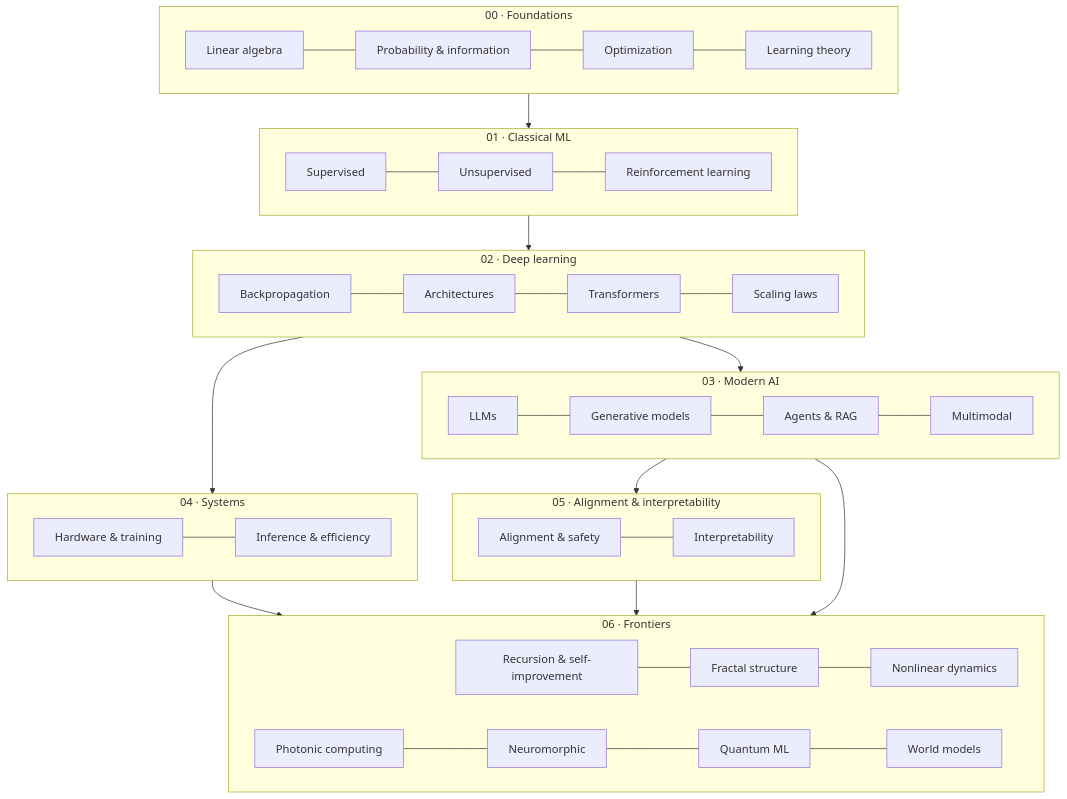
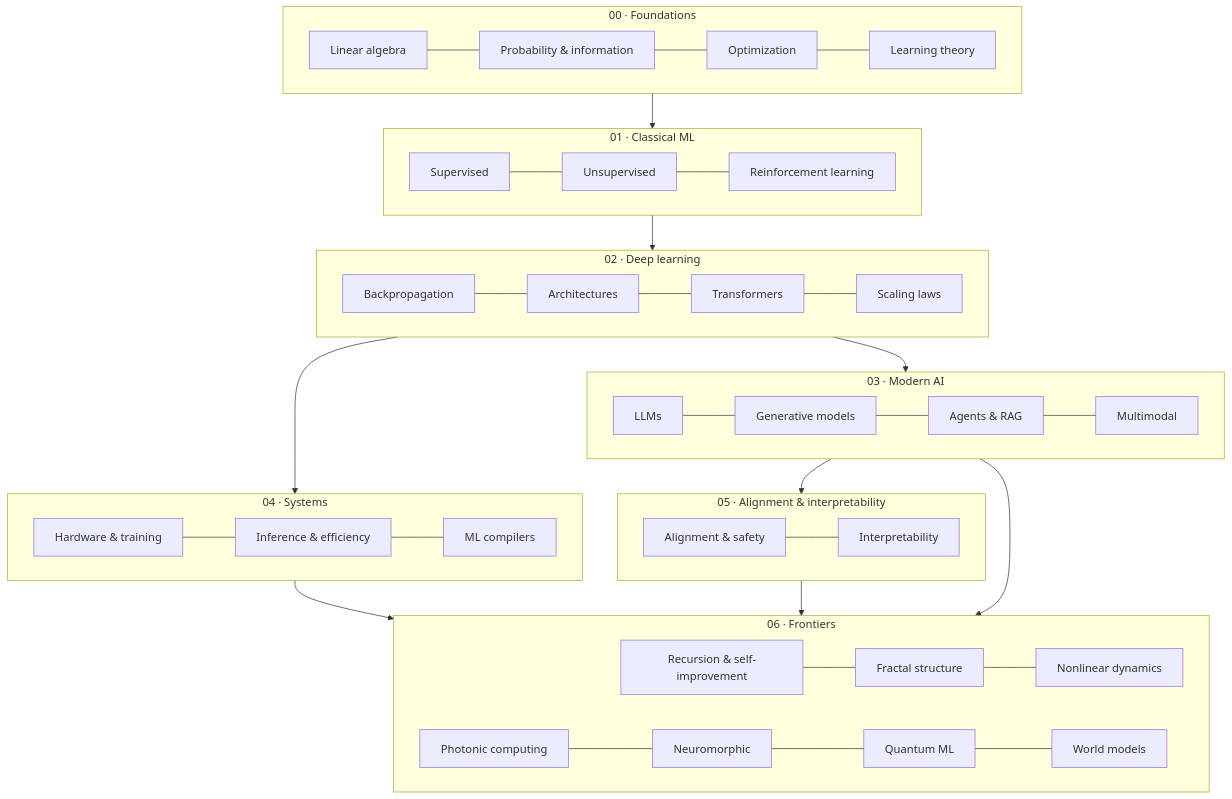
The diagram in README.md (marcpoliquin5/understanding-ai), drawn with Mermaid before and after one commit. The commit also changed other lines of this file and 6 other files, not shown here.

````diff
--- a/README.md
+++ b/README.md
@@ -30,31 +30,31 @@
 ```mermaid
 flowchart TB
     subgraph F[00 · Foundations]
         F1[Linear algebra] --- F2[Probability & information] --- F3[Optimization] --- F4[Learning theory]
     end
     subgraph C[01 · Classical ML]
         C1[Supervised] --- C2[Unsupervised] --- C3[Reinforcement learning]
     end
     subgraph D[02 · Deep learning]
         D1[Backpropagation] --- D2[Architectures] --- D3[Transformers] --- D4[Scaling laws]
     end
     subgraph M[03 · Modern AI]
         M1[LLMs] --- M2[Generative models] --- M3[Agents & RAG] --- M4[Multimodal]
     end
     subgraph S[04 · Systems]
-        S1[Hardware & training] --- S2[Inference & efficiency]
+        S1[Hardware & training] --- S2[Inference & efficiency] --- S3[ML compilers]
     end
     subgraph A[05 · Alignment & interpretability]
         A1[Alignment & safety] --- A2[Interpretability]
     end
     subgraph X[06 · Frontiers]
         X1[Recursion & self-improvement] --- X2[Fractal structure] --- X3[Nonlinear dynamics]
         X4[Photonic computing] --- X5[Neuromorphic] --- X6[Quantum ML] --- X7[World models]
     end
     F --> C --> D --> M
     D --> S
     M --> A
     S --> X
     A --> X
     M --> X
 ```
````
